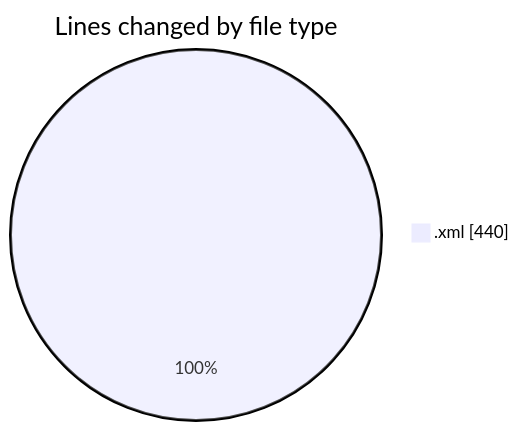
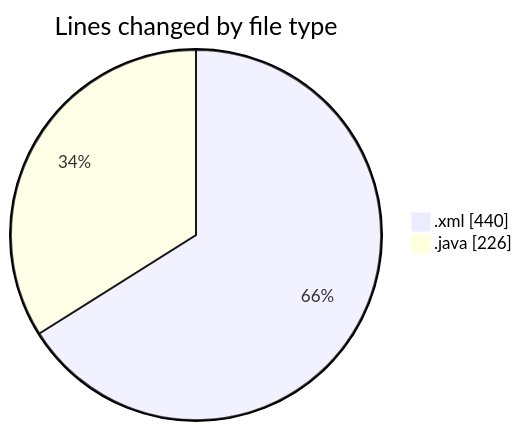
One commit to ricardozamudiocil/code-tracking changed the first of 2 diagrams in 2026-06-22/cilreports__workspace_/README.md. Above: the diagram before and after it, drawn with Mermaid. The commit also changed other lines of this file and 1 other file, not shown here.

````diff
--- a/2026-06-22/cilreports__workspace_/README.md
+++ b/2026-06-22/cilreports__workspace_/README.md
@@ -21,5 +22,6 @@
 ```mermaid
 pie showData
 title Lines changed by file type
 ".xml" : 440
+".java" : 226
 ```
````
